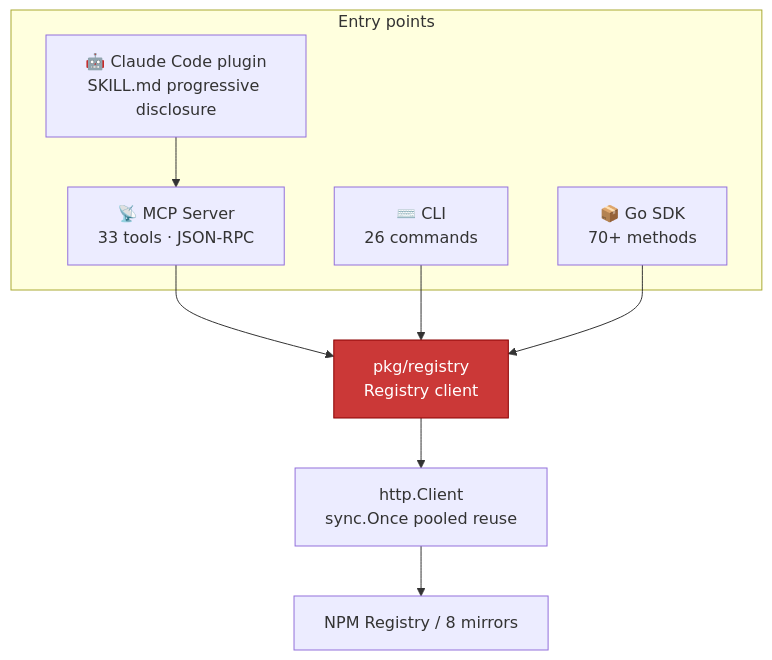
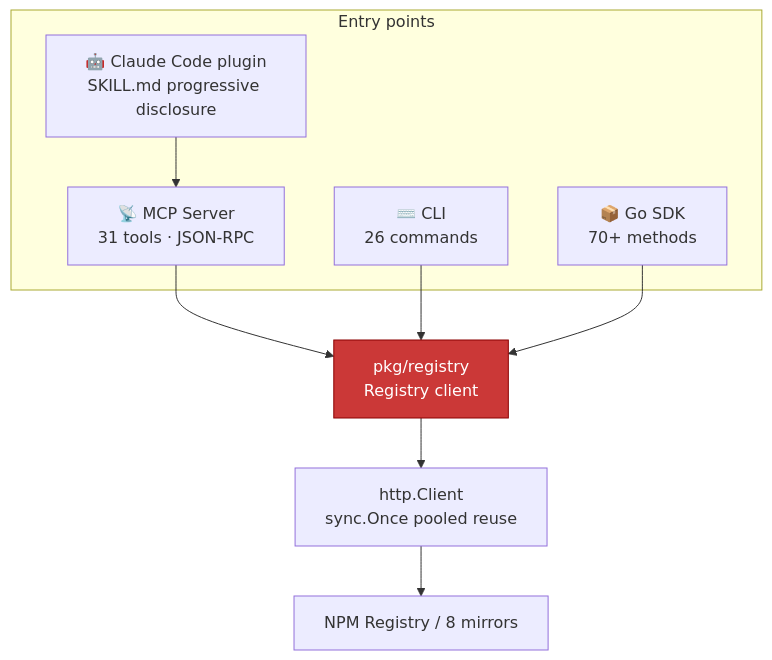
One commit to scagogogo/npm-skills changed the diagram in website/en/index.md. Above: the diagram before and after it, drawn with Mermaid. The commit also changed other lines of this file and 6 other files, not shown here.

````diff
--- a/website/en/index.md
+++ b/website/en/index.md
@@ -53,23 +53,23 @@
 ```mermaid
 flowchart TB
     subgraph Entry["Entry points"]
         AI["🤖 Claude Code plugin<br/>SKILL.md progressive disclosure"]
-        MCP["📡 MCP Server<br/>33 tools · JSON-RPC"]
+        MCP["📡 MCP Server<br/>31 tools · JSON-RPC"]
         CLI["⌨️ CLI<br/>26 commands"]
         SDK["📦 Go SDK<br/>70+ methods"]
     end
 
     Core["pkg/registry<br/>Registry client"]
     HTTP["http.Client<br/>sync.Once pooled reuse"]
     NPM["NPM Registry / 8 mirrors"]
 
     AI --> MCP
     MCP --> Core
     CLI --> Core
     SDK --> Core
     Core --> HTTP
     HTTP --> NPM
 
     classDef core fill:#cb3837,stroke:#8b0000,color:#fff;
     class Core core;
 ```
````
